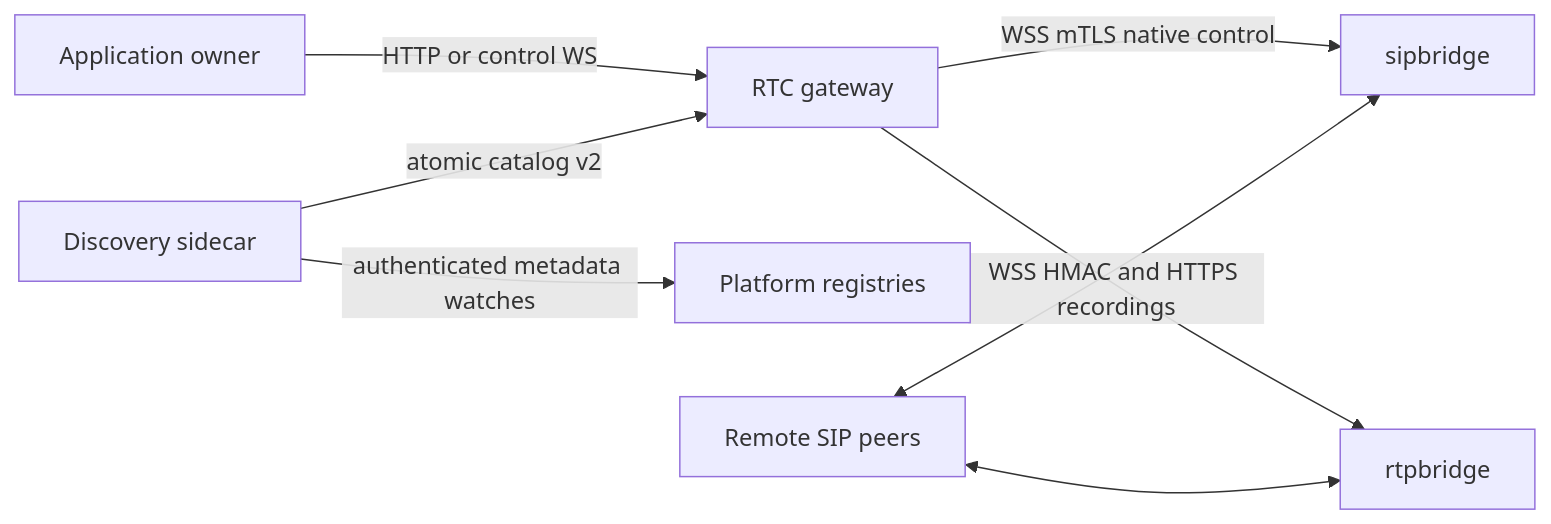
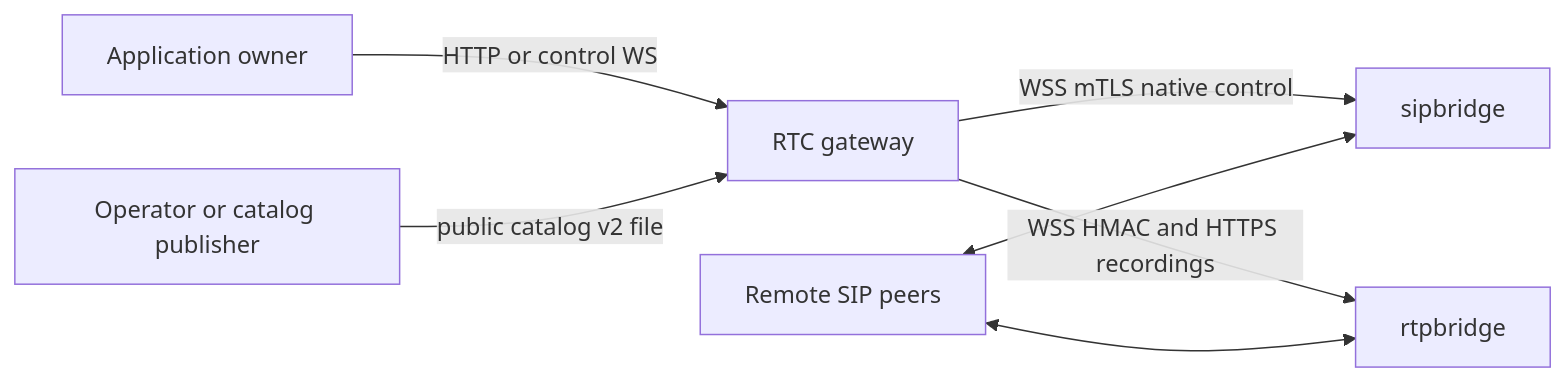
Before and after one commit to zyno-io/rtc-session-gateway: the diagram in docs/guide/cross-cluster.md, drawn with Mermaid. The commit also changed other lines of this file and 15 other files, not shown here.

````diff
--- a/docs/guide/cross-cluster.md
+++ b/docs/guide/cross-cluster.md
@@ -8,10 +8,9 @@
 ```mermaid
 flowchart LR
     O[Application owner] -->|HTTP or control WS| G[RTC gateway]
-    D[Discovery sidecar] -->|atomic catalog v2| G
-    D -->|authenticated metadata watches| R[Platform registries]
+    D[Operator or catalog publisher] -->|public catalog v2 file| G
     G -->|WSS mTLS native control| S[sipbridge]
     G -->|WSS HMAC and HTTPS recordings| M[rtpbridge]
     P[Remote SIP peers] <--> S
     P <--> M
 ```
````
